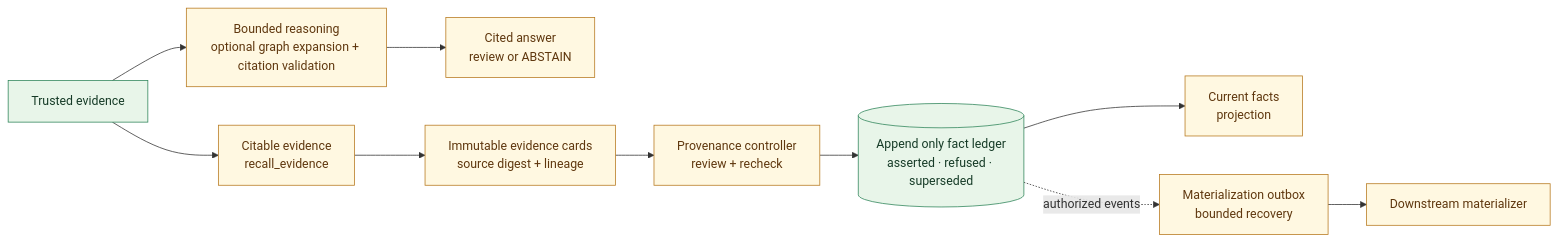
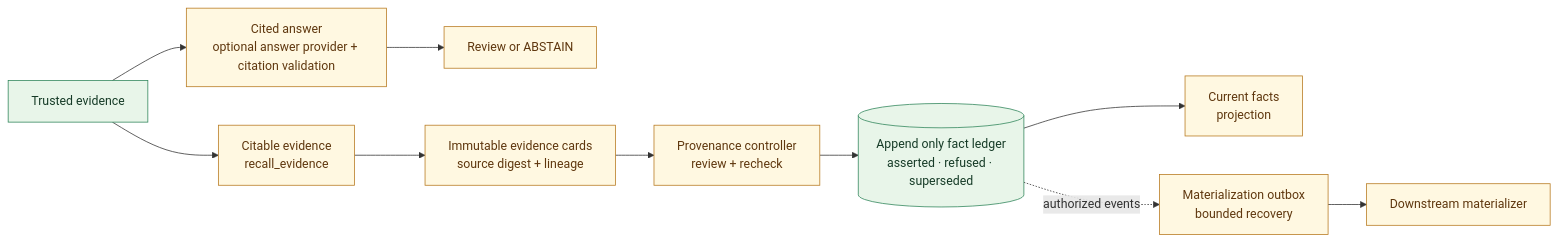
Before and after one commit to GiulioDER/RE-call: the second of 2 diagrams in README.md, drawn with Mermaid. The commit also changed other lines of this file, not shown here.

Commit message:
docs: explain graph expansion in README

````diff
--- a/README.md
+++ b/README.md
@@ -95,17 +115,17 @@
 ```mermaid
 flowchart LR
-    TRUSTED["Trusted evidence"] --> REASON["Bounded reasoning<br/>optional graph expansion + citation validation"]
-    REASON --> ANSWER["Cited answer<br/>review or ABSTAIN"]
+    TRUSTED["Trusted evidence"] --> ANSWER["Cited answer<br/>optional answer provider + citation validation"]
+    ANSWER --> REVIEW["Review or ABSTAIN"]
     TRUSTED --> BUNDLE["Citable evidence<br/>recall_evidence"]
     BUNDLE --> CARDS["Immutable evidence cards<br/>source digest + lineage"]
     CARDS --> CONTROLLER["Provenance controller<br/>review + recheck"]
     CONTROLLER --> LEDGER[("Append only fact ledger<br/>asserted · refused · superseded")]
     LEDGER --> CURRENT["Current facts<br/>projection"]
     LEDGER -. "authorized events" .-> OUTBOX["Materialization outbox<br/>bounded recovery"]
     OUTBOX --> MATERIALIZER["Downstream materializer"]
 
     classDef optional fill:#fff8e1,stroke:#b7791f,color:#5f370e,stroke-width:1px;
     classDef trust fill:#e8f5e9,stroke:#2f855a,color:#163b27,stroke-width:1px;
     class TRUSTED,LEDGER trust;
-    class REASON,ANSWER,BUNDLE,CARDS,CONTROLLER,CURRENT,OUTBOX,MATERIALIZER optional;
+    class ANSWER,REVIEW,BUNDLE,CARDS,CONTROLLER,CURRENT,OUTBOX,MATERIALIZER optional;
 ```
````
